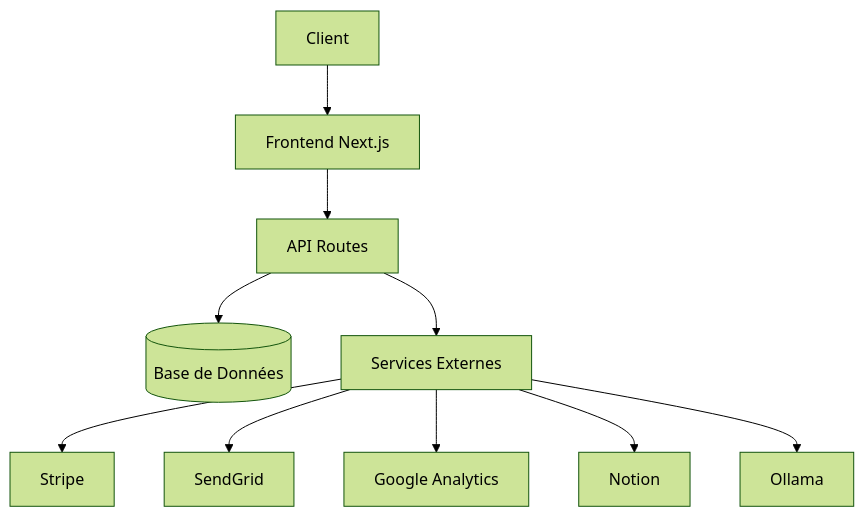
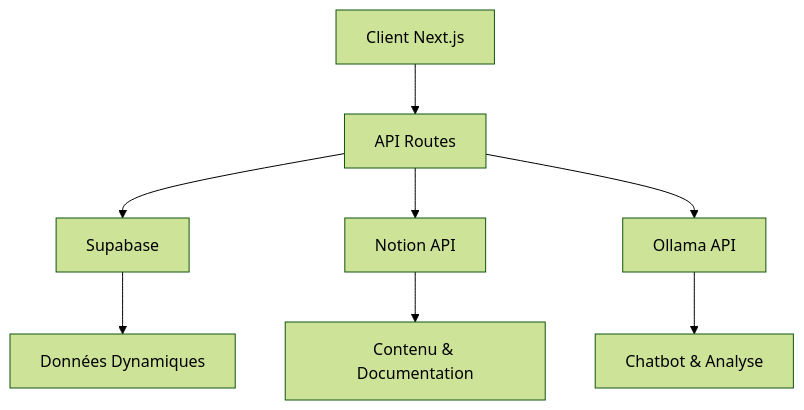
Before and after one commit to cheben77/TestBoltCline: the diagram in docs/architecture.md, drawn with Mermaid (forest theme). The commit also changed other lines of this file and 8 other files, not shown here.

Commit message:
feat(supabase): Configuration initiale de Supabase pour le chatbot

````diff
--- a/docs/architecture.md
+++ b/docs/architecture.md
@@ -7,12 +11,10 @@
 ```mermaid
 graph TD
-    A[Client] --> B[Frontend Next.js]
-    B --> C[API Routes]
-    C --> D[(Base de Données)]
-    C --> E[Services Externes]
-    E --> F[Stripe]
-    E --> G[SendGrid]
-    E --> H[Google Analytics]
-    E --> I[Notion]
-    E --> J[Ollama]
+    A[Client Next.js] --> B[API Routes]
+    B --> C[Supabase]
+    B --> D[Notion API]
+    B --> E[Ollama API]
+    C --> F[Données Dynamiques]
+    D --> G[Contenu & Documentation]
+    E --> H[Chatbot & Analyse]
 ```
````
